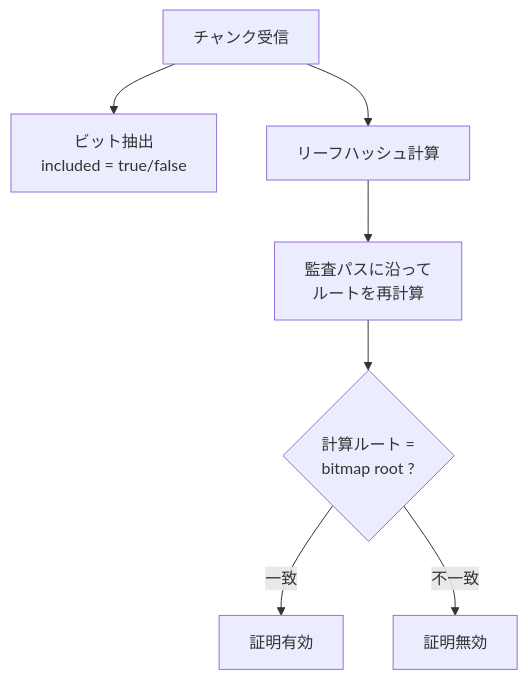
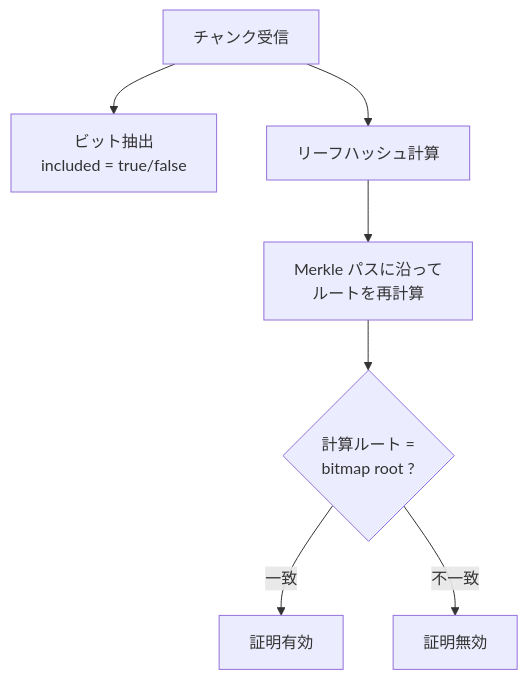
Before and after one commit to hwatanabe-jp/stark-ballot-simulator-public: the third of 3 diagrams in public-book/src/protocol/bitmap-merkle.md, drawn with Mermaid. The commit also changed other lines of this file and 275 other files, not shown here.

````diff
--- a/public-book/src/protocol/bitmap-merkle.md
+++ b/public-book/src/protocol/bitmap-merkle.md
@@ -166,9 +166,9 @@
 ```mermaid
 flowchart TD
   CK[チャンク受信] --> EX[ビット抽出<br/>included = true/false]
   CK --> LH["リーフハッシュ計算"]
-  LH --> AP[監査パスに沿って<br/>ルートを再計算]
+  LH --> AP[Merkle パスに沿って<br/>ルートを再計算]
   AP --> CMP{計算ルート =<br/>bitmap root ?}
   CMP -->|一致| V[証明有効]
   CMP -->|不一致| IV[証明無効]
 ```
````
